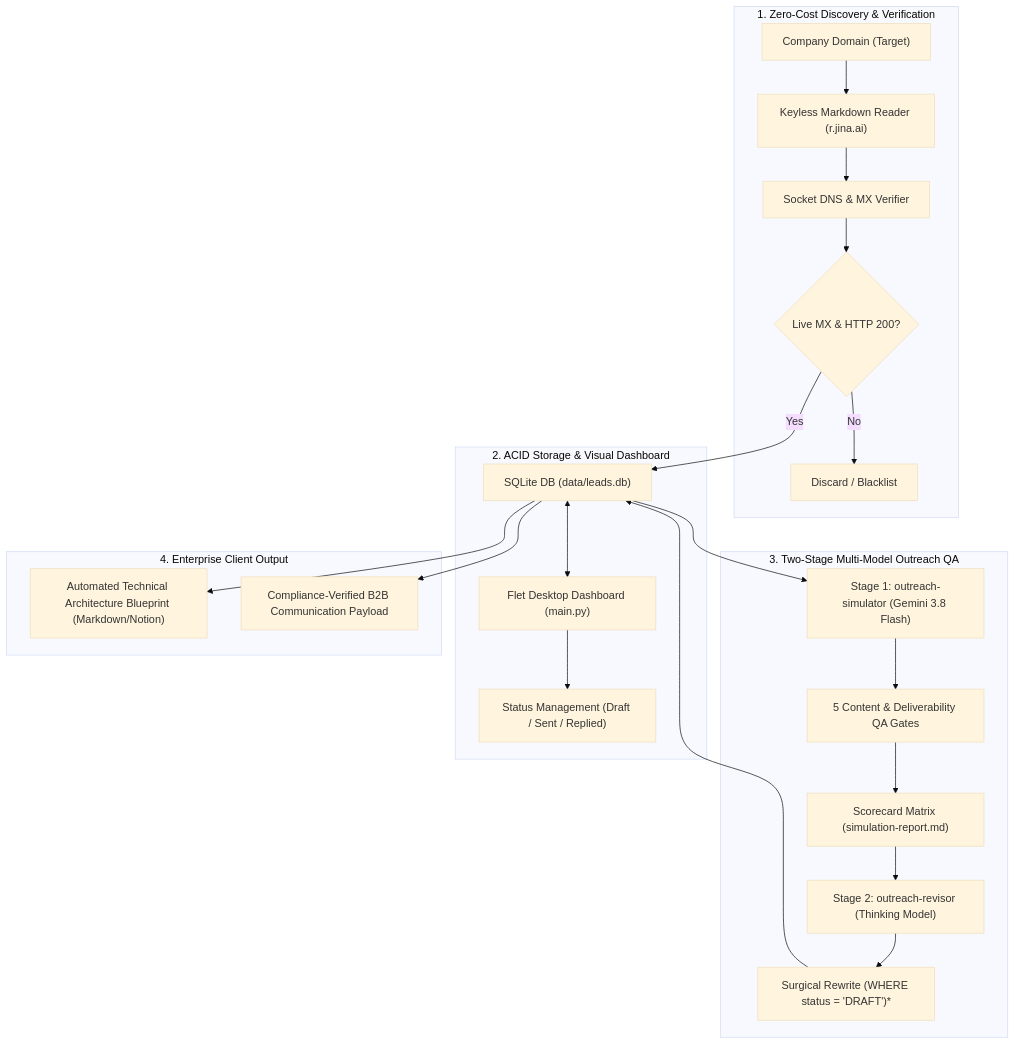
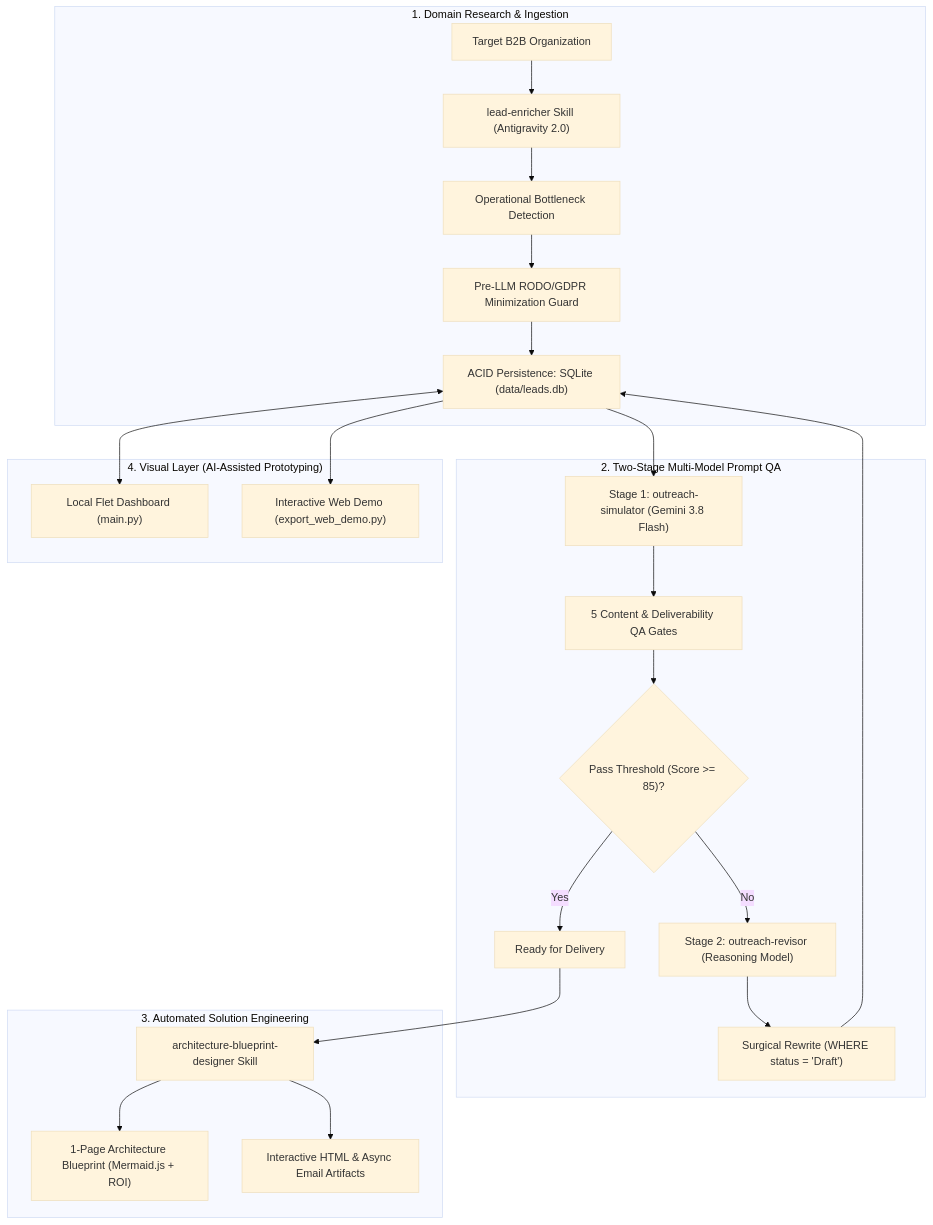
Before and after one commit to borkkiril/b2b-lead-intelligence-agent-main: the diagram in README.md, drawn with Mermaid (base theme). The commit also changed other lines of this file and 26 other files, not shown here.

Commit message:
refactor: reposition to AI Agentic Workflow & Automation Showcase (Antigravity 2.0 & Gemini)

````diff
--- a/README.md
+++ b/README.md
@@ -36,29 +42,30 @@
 ```mermaid
 flowchart TD
-    subgraph Discovery ["1. Zero-Cost Discovery & Verification"]
-        A["Company Domain (Target)"] --> B["Keyless Markdown Reader (r.jina.ai)"]
-        B --> C["Socket DNS & MX Verifier"]
-        C --> D{"Live MX & HTTP 200?"}
-        D -- No --> E["Discard / Blacklist"]
+    subgraph Discovery ["1. Domain Research & Ingestion"]
+        A["Target B2B Organization"] --> B["lead-enricher Skill (Antigravity 2.0)"]
+        B --> C["Operational Bottleneck Detection"]
+        C --> D["Pre-LLM RODO/GDPR Minimization Guard"]
+        D --> E["ACID Persistence: SQLite (data/leads.db)"]
     end
 
-    subgraph Persistence ["2. ACID Storage & Visual Dashboard"]
-        D -- Yes --> F["SQLite DB (data/leads.db)"]
-        F <--> G["Flet Desktop Dashboard (main.py)"]
-        G --> H["Status Management (Draft / Sent / Replied)"]
+    subgraph TwoStageQA ["2. Two-Stage Multi-Model Prompt QA"]
+        E --> F["Stage 1: outreach-simulator (Gemini 3.8 Flash)"]
+        F --> G["5 Content & Deliverability QA Gates"]
+        G --> H{"Pass Threshold (Score >= 85)?"}
+        H -- No --> I["Stage 2: outreach-revisor (Reasoning Model)"]
+        I --> J["Surgical Rewrite (WHERE status = 'Draft')"]
+        J --> E
+        H -- Yes --> K["Ready for Delivery"]
     end
 
-    subgraph MultiAgentQA ["3. Two-Stage Multi-Model Outreach QA"]
-        F --> I["Stage 1: outreach-simulator (Gemini 3.8 Flash)"]
-        I --> J["5 Content & Deliverability QA Gates"]
-        J --> K["Scorecard Matrix (simulation-report.md)"]
-        K --> L["Stage 2: outreach-revisor (Thinking Model)"]
-        L --> M["Surgical Rewrite (WHERE status = 'DRAFT')*"]
-        M --> F
+    subgraph SolutionsDelivery ["3. Automated Solution Engineering"]
+        K --> L["architecture-blueprint-designer Skill"]
+        L --> M["1-Page Architecture Blueprint (Mermaid.js + ROI)"]
+        L --> N["Interactive HTML & Async Email Artifacts"]
     end
 
-    subgraph ClientDelivery ["4. Enterprise Client Output"]
-        F --> N["Automated Technical Architecture Blueprint (Markdown/Notion)"]
-        F --> O["Compliance-Verified B2B Communication Payload"]
+    subgraph Presentation ["4. Visual Layer (AI-Assisted Prototyping)"]
+        E <--> O["Local Flet Dashboard (main.py)"]
+        E --> P["Interactive Web Demo (export_web_demo.py)"]
     end
 ```
````
